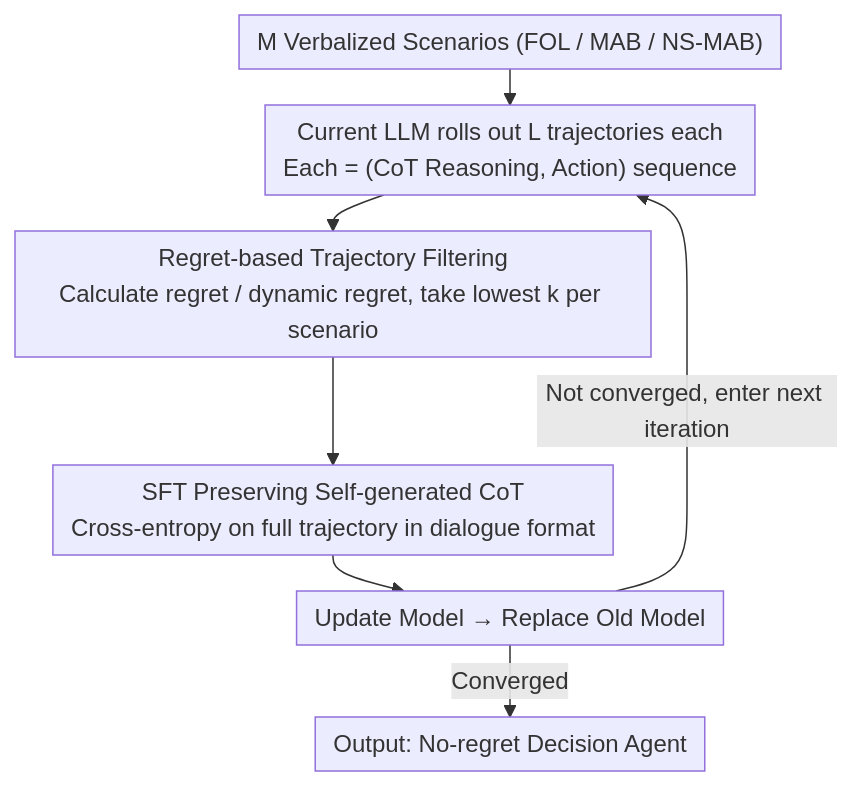
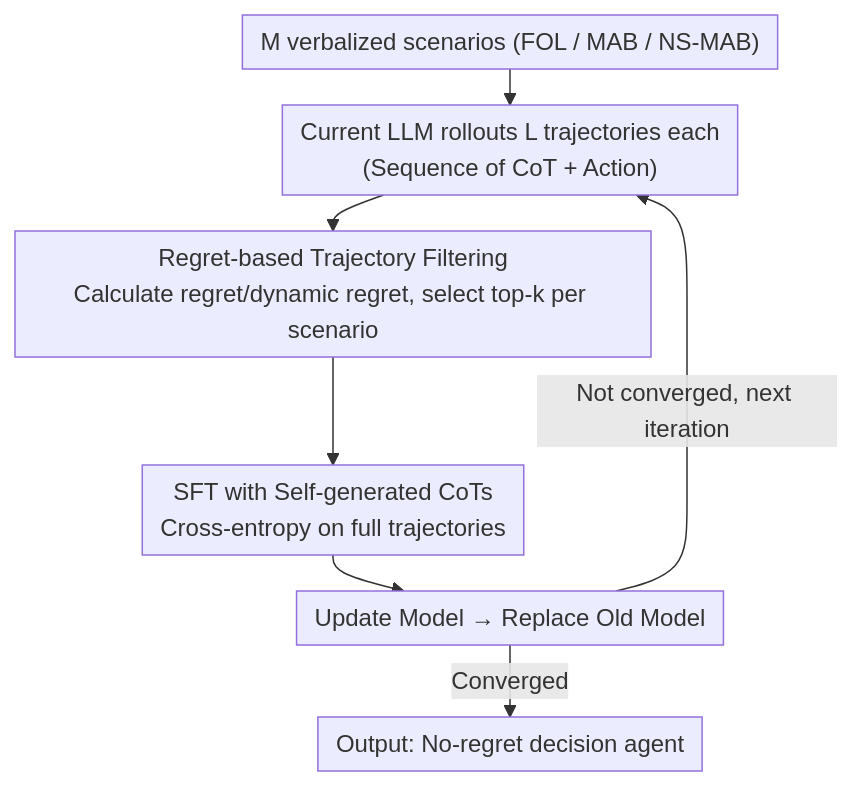
One commit to zhaoyang97/Paper-Notes-en changed the diagram in docs/ICML2026/llm_agent/post-training_llms_as_better_decision-making_agents_a_regret-minimization_approa.md. Above: the diagram before and after it, drawn with Mermaid. The commit also changed other lines of this file and 5084 other files, not shown here.

````diff
--- a/docs/ICML2026/llm_agent/post-training_llms_as_better_decision-making_agents_a_regret-minimization_approa.md
+++ b/docs/ICML2026/llm_agent/post-training_llms_as_better_decision-making_agents_a_regret-minimization_approa.md
@@ -43,10 +43,10 @@
 ```mermaid
 %%{init: {'flowchart': {'rankSpacing': 24, 'nodeSpacing': 28, 'padding': 6, 'wrappingWidth': 400}}}%%
 flowchart TD
-    A["M Verbalized Scenarios (FOL / MAB / NS-MAB)"] --> B["Current LLM rolls out L trajectories each<br/>Each = (CoT Reasoning, Action) sequence"]
-    B --> C["Regret-based Trajectory Filtering<br/>Calculate regret / dynamic regret, take lowest k per scenario"]
-    C --> D["SFT Preserving Self-generated CoT<br/>Cross-entropy on full trajectory in dialogue format"]
+    A["M verbalized scenarios (FOL / MAB / NS-MAB)"] --> B["Current LLM rollouts L trajectories each<br/>(Sequence of CoT + Action)"]
+    B --> C["Regret-based Trajectory Filtering<br/>Calculate regret/dynamic regret, select top-k per scenario"]
+    C --> D["SFT with Self-generated CoTs<br/>Cross-entropy on full trajectories"]
     D --> E["Update Model → Replace Old Model"]
-    E -->|Not converged, enter next iteration| B
-    E -->|Converged| F["Output: No-regret Decision Agent"]
+    E -->|Not converged, next iteration| B
+    E -->|Converged| F["Output: No-regret decision agent"]
 ```
````
